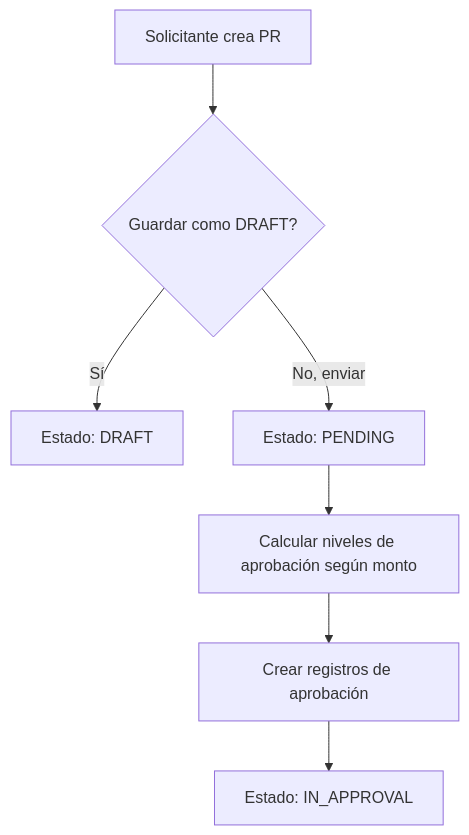
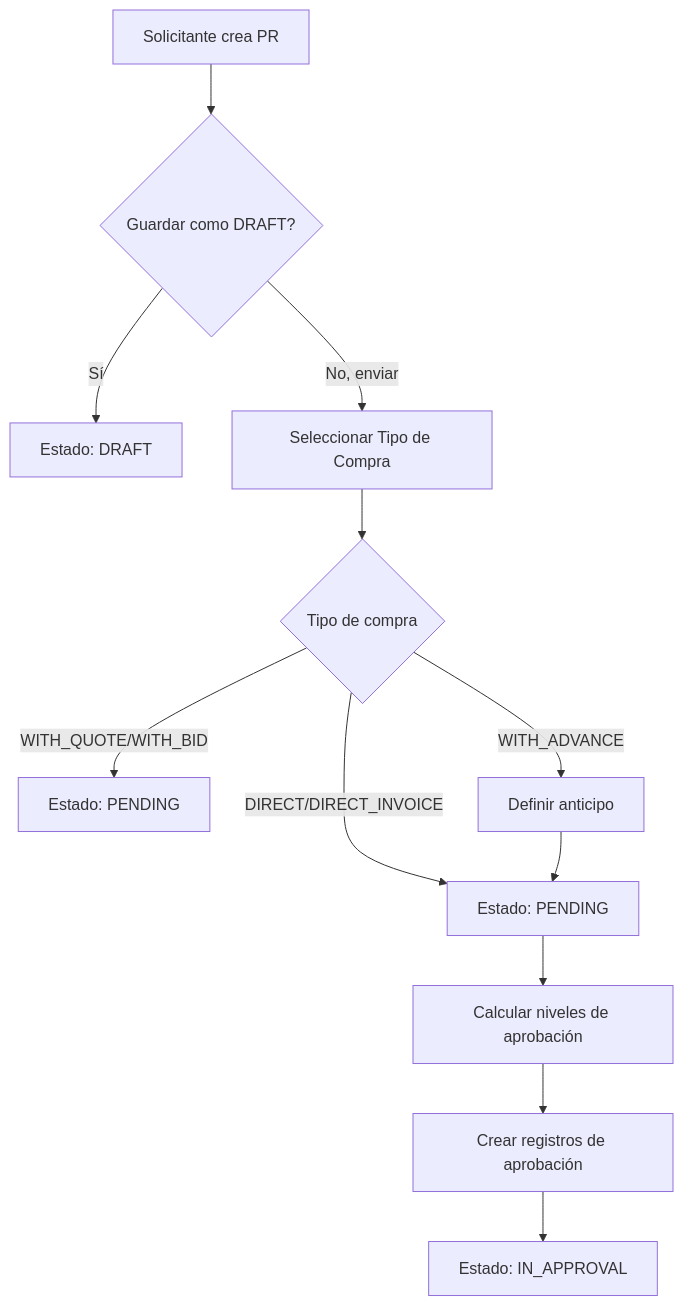
Before and after one commit to AxiomaCloud/Prohub: the first of 8 diagrams in docs/PURCHASE_REQUESTS_MODULE.md, drawn with Mermaid. The commit also changed other lines of this file and 3 other files, not shown here.

````diff
--- a/docs/PURCHASE_REQUESTS_MODULE.md
+++ b/docs/PURCHASE_REQUESTS_MODULE.md
@@ -441,9 +571,14 @@
 ```mermaid
 graph TD
     A[Solicitante crea PR] --> B{Guardar como DRAFT?}
     B -->|Sí| C[Estado: DRAFT]
-    B -->|No, enviar| D[Estado: PENDING]
-    D --> E[Calcular niveles de aprobación según monto]
-    E --> F[Crear registros de aprobación]
-    F --> G[Estado: IN_APPROVAL]
+    B -->|No, enviar| D[Seleccionar Tipo de Compra]
+    D --> E{Tipo de compra}
+    E -->|DIRECT/DIRECT_INVOICE| F[Estado: PENDING]
+    E -->|WITH_QUOTE/WITH_BID| G[Estado: PENDING]
+    E -->|WITH_ADVANCE| H[Definir anticipo]
+    H --> F
+    F --> I[Calcular niveles de aprobación]
+    I --> J[Crear registros de aprobación]
+    J --> K[Estado: IN_APPROVAL]
 ```
````
